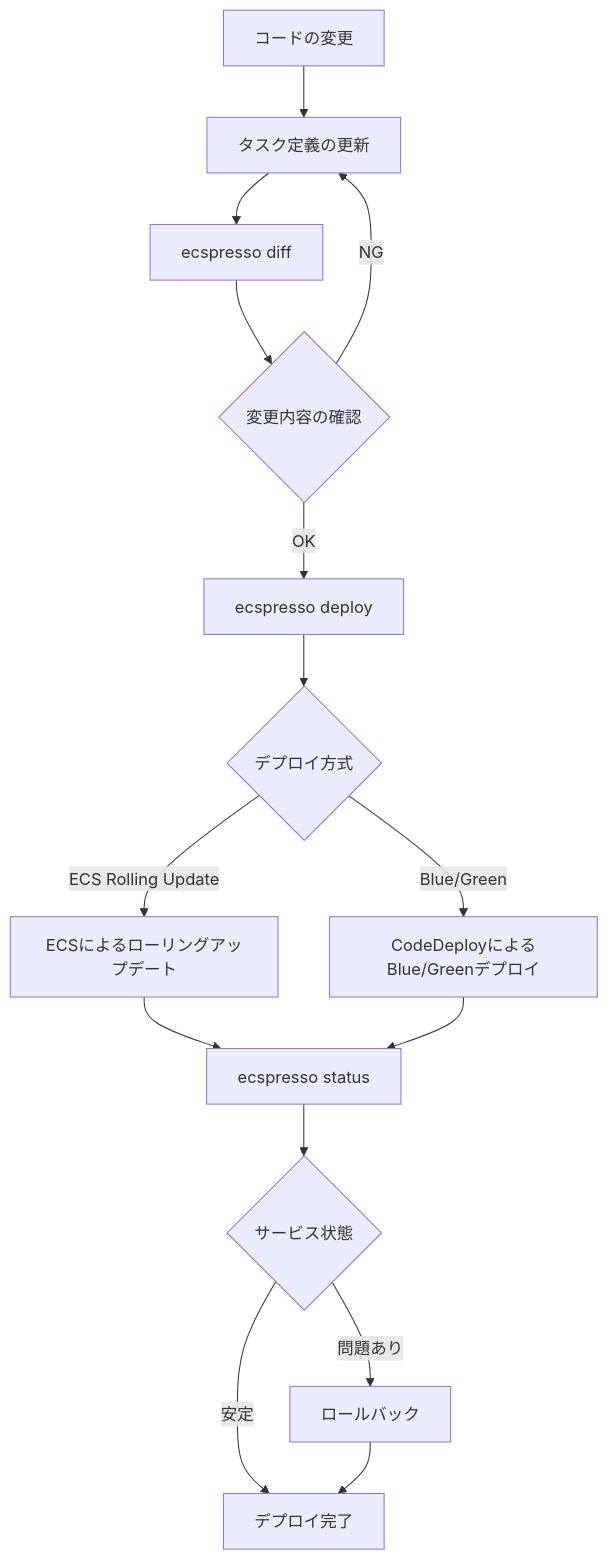
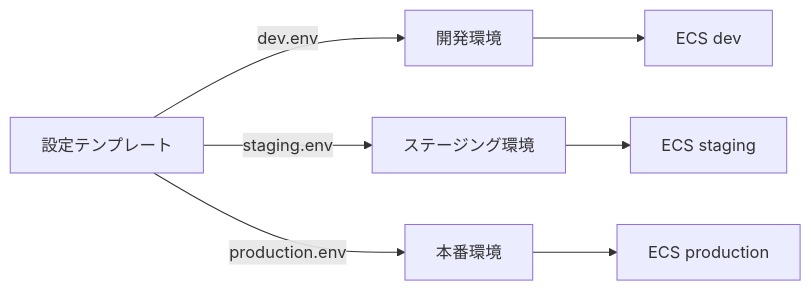
One commit to bufferings/devin-docs changed the diagram in ecspresso/quickstart/use-cases.md. Above: the diagram before and after it, drawn with Mermaid. The commit also changed other lines of this file and 31 other files, not shown here.

````diff
--- a/ecspresso/quickstart/use-cases.md
+++ b/ecspresso/quickstart/use-cases.md
@@ -135,17 +81,9 @@
 ```mermaid
-graph TD
-    A[コードの変更] --> B[タスク定義の更新]
-    B --> C[ecspresso diff]
-    C --> D{変更内容の確認}
-    D -->|OK| E[ecspresso deploy]
-    D -->|NG| B
-    E --> F{デプロイ方式}
-    F -->|ECS Rolling Update| G[ECSによるローリングアップデート]
-    F -->|Blue/Green| H[CodeDeployによるBlue/Greenデプロイ]
-    G --> I[ecspresso status]
-    H --> I
-    I --> J{サービス状態}
-    J -->|安定| K[デプロイ完了]
-    J -->|問題あり| L[ロールバック]
-    L --> K
+graph LR
+    A[設定テンプレート] --> |dev.env| B[開発環境]
+    A --> |staging.env| C[ステージング環境]
+    A --> |production.env| D[本番環境]
+    B --> E[ECS dev]
+    C --> F[ECS staging]
+    D --> G[ECS production]
 ```
````
